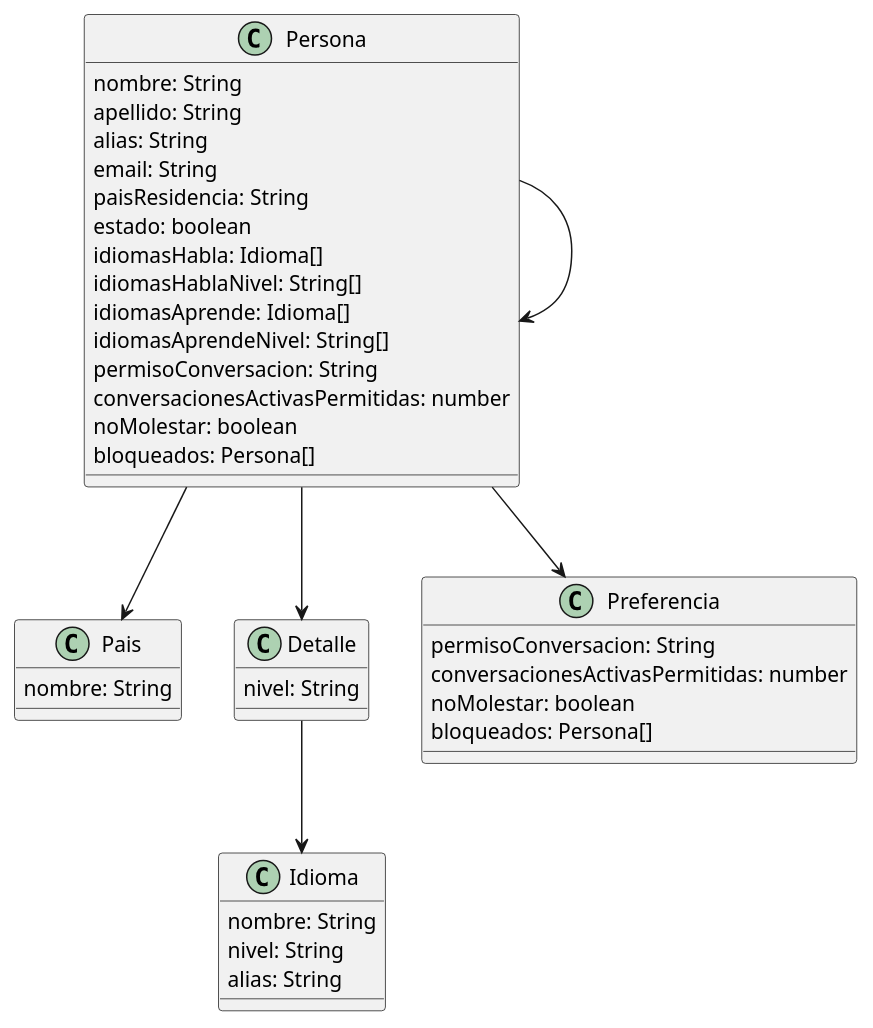
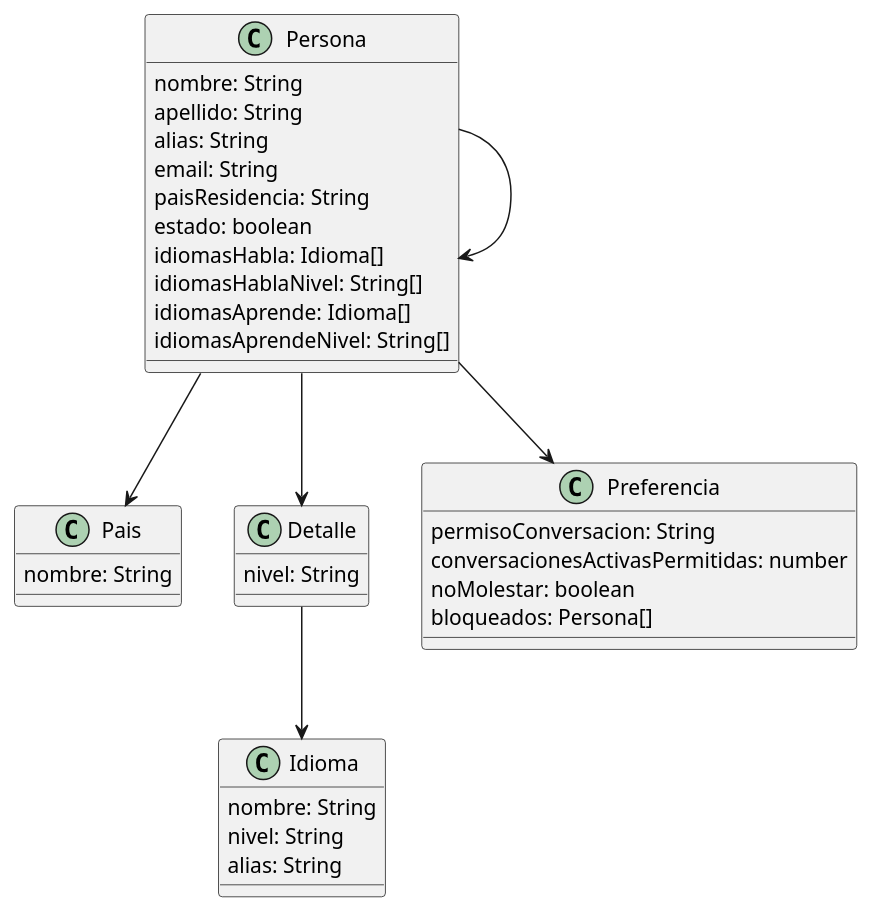
The diagram in src/diagrama.puml (gaelgonzalezz/tandem), drawn with PlantUML before and after one commit. The commit also changed 3 other files, not shown here.

```diff
--- a/src/diagrama.puml
+++ b/src/diagrama.puml
@@ -1,47 +1,43 @@
 @startuml
 
 class Persona {
     nombre: String
     apellido: String
     alias: String
     email: String
     paisResidencia: String
     estado: boolean
     idiomasHabla: Idioma[]
     idiomasHablaNivel: String[]
     idiomasAprende: Idioma[]
     idiomasAprendeNivel: String[]
-    permisoConversacion: String
-    conversacionesActivasPermitidas: number
-    noMolestar: boolean
-    bloqueados: Persona[]
 }
 
 class Pais {
     nombre: String
 }
 
 class Idioma {
     nombre: String
     nivel: String
     alias: String
 }
 
 class Detalle {
     nivel: String
 }
 
 class Preferencia {
     permisoConversacion: String
     conversacionesActivasPermitidas: number
     noMolestar: boolean
     bloqueados: Persona[]
 }
 
 Persona -> Persona
 Persona --> Pais
 Persona --> Detalle
 Persona --> Preferencia
 Detalle --> Idioma
 
 @enduml
```
